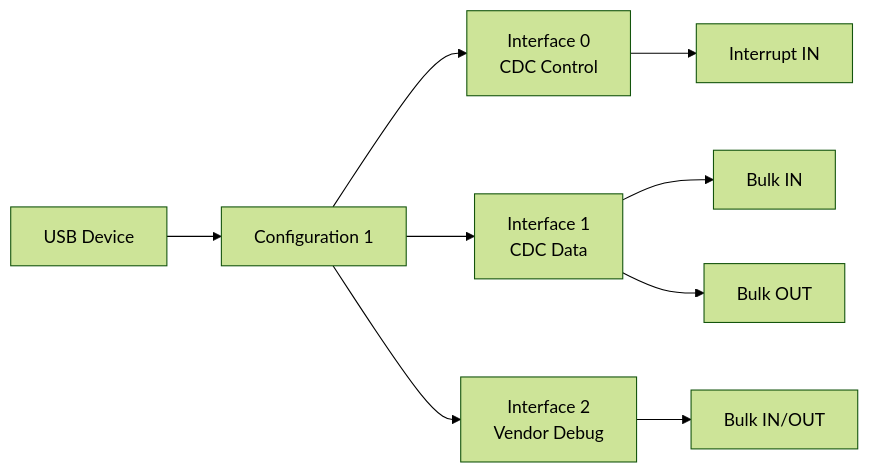
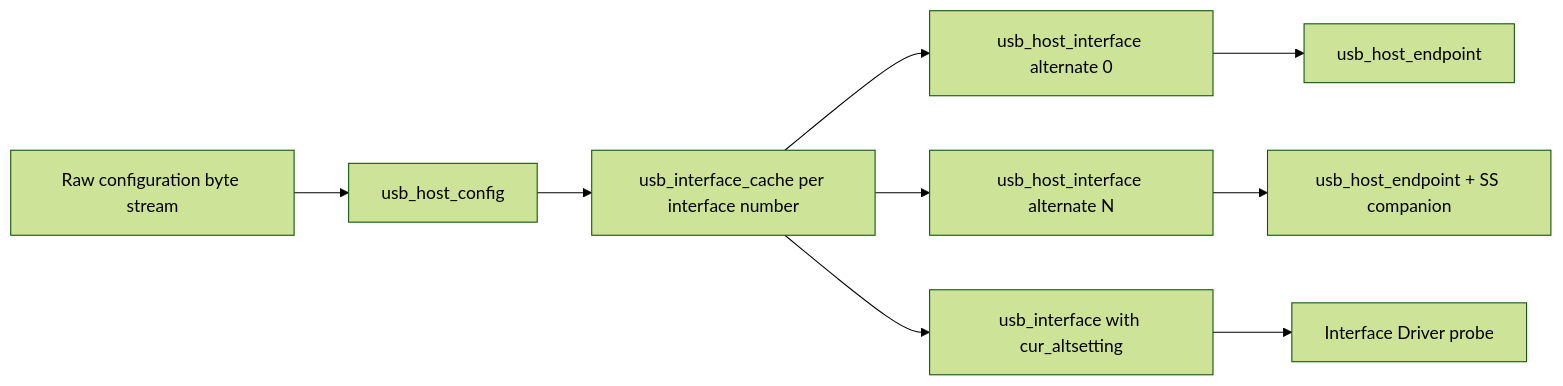
One commit to cdragon-ljl/EEandEdgeAI changed the third of 3 diagrams in docs/articles/usb/usb-03-usb-descriptors-deep-dive.md. Above: the diagram before and after it, drawn with Mermaid (forest theme). The commit also changed other lines of this file and 2 other files, not shown here.

Commit message:
docs: rebuild USB foundations and enumeration

````diff
--- a/docs/articles/usb/usb-03-usb-descriptors-deep-dive.md
+++ b/docs/articles/usb/usb-03-usb-descriptors-deep-dive.md
@@ -265,11 +286,11 @@
 ```mermaid
 flowchart LR
-    D[USB Device] --> C[Configuration 1]
-    C --> I0[Interface 0\nCDC Control]
-    C --> I1[Interface 1\nCDC Data]
-    C --> I2[Interface 2\nVendor Debug]
-    I0 --> E0[Interrupt IN]
-    I1 --> E1[Bulk IN]
-    I1 --> E2[Bulk OUT]
-    I2 --> E3[Bulk IN/OUT]
+    RAW[Raw configuration byte stream] --> HC[usb_host_config]
+    HC --> CACHE[usb_interface_cache per interface number]
+    CACHE --> HI0[usb_host_interface alternate 0]
+    CACHE --> HI1[usb_host_interface alternate N]
+    HI0 --> HE0[usb_host_endpoint]
+    HI1 --> HE1[usb_host_endpoint + SS companion]
+    CACHE --> INTF[usb_interface with cur_altsetting]
+    INTF --> DRV[Interface Driver probe]
 ```
````
